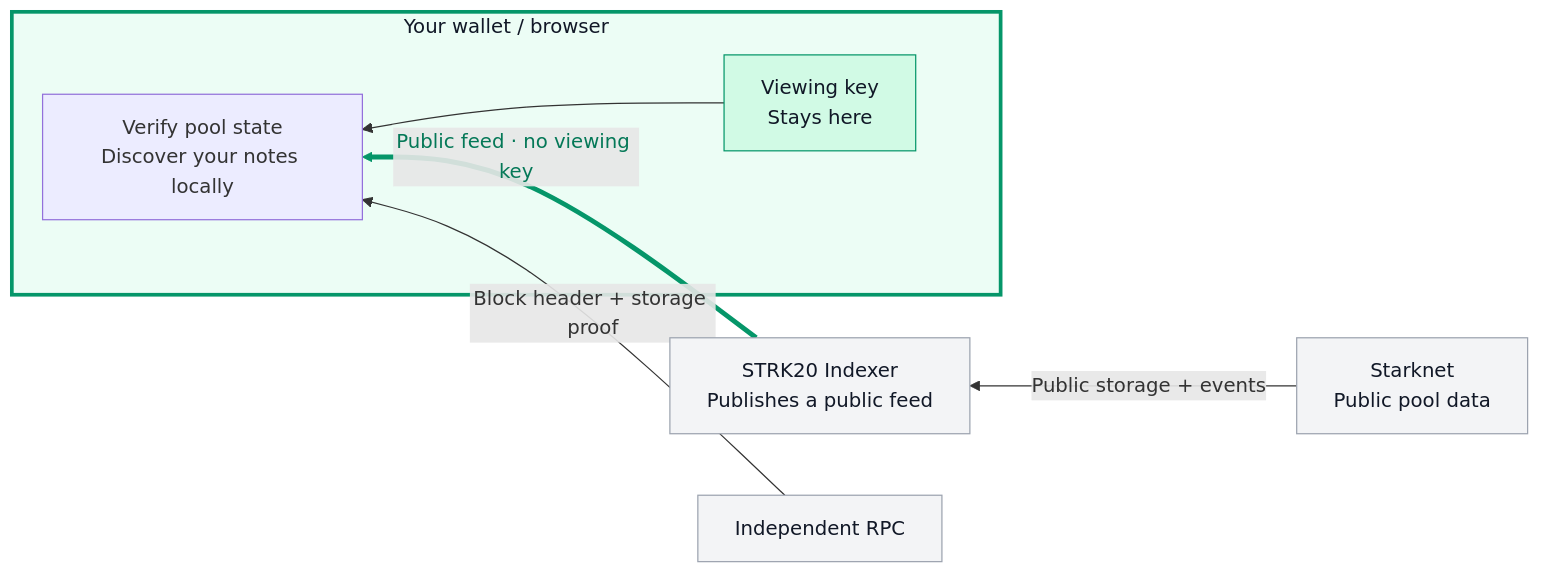
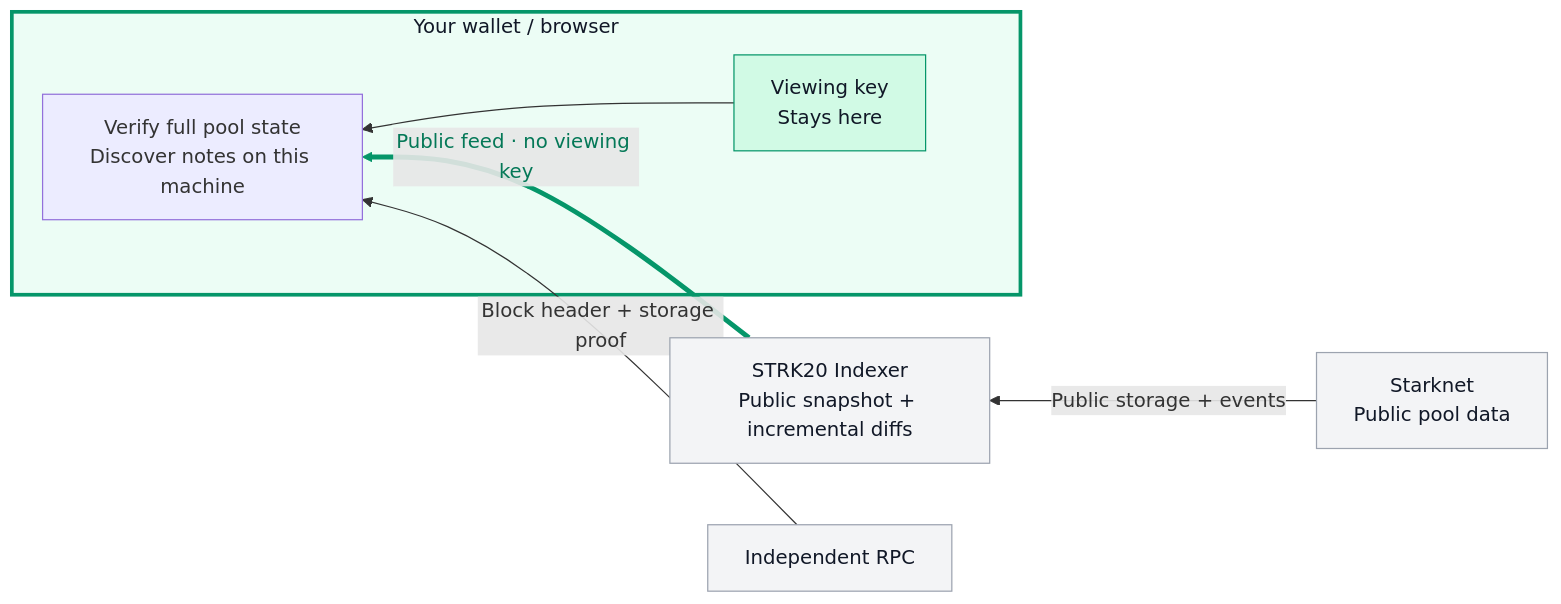
Before and after one commit to kfastov/strk20-indexer: the second of 2 diagrams in docs/pitch.md, drawn with Mermaid. The commit also changed other lines of this file, not shown here.

Commit message:
Explain full-state and incremental client discovery in pitch

````diff
--- a/docs/pitch.md
+++ b/docs/pitch.md
@@ -46,19 +46,19 @@
 ```mermaid
 flowchart RL
     S["Starknet<br/>Public pool data"]
-    I["STRK20 Indexer<br/>Publishes a public feed"]
+    I["STRK20 Indexer<br/>Public snapshot + incremental diffs"]
     subgraph Wallet["Your wallet / browser"]
-        V["Verify pool state<br/>Discover your notes locally"]
+        V["Verify full pool state<br/>Discover notes on this machine"]
         K["Viewing key<br/>Stays here"]
         K --> V
     end
     S -->|"Public storage + events"| I
     I -->|"Public feed · no viewing key"| V
     R["Independent RPC"] -->|"Block header + storage proof"| V
     style I fill:#f3f4f6,stroke:#9ca3af,color:#111827
     style S fill:#f3f4f6,stroke:#9ca3af,color:#111827
     style R fill:#f3f4f6,stroke:#9ca3af,color:#111827
     style Wallet fill:#ecfdf5,stroke:#059669,stroke-width:3px,color:#111827
     style K fill:#d1fae5,stroke:#059669,color:#111827
     linkStyle 2 stroke:#059669,stroke-width:4px,color:#047857
 ```
````
